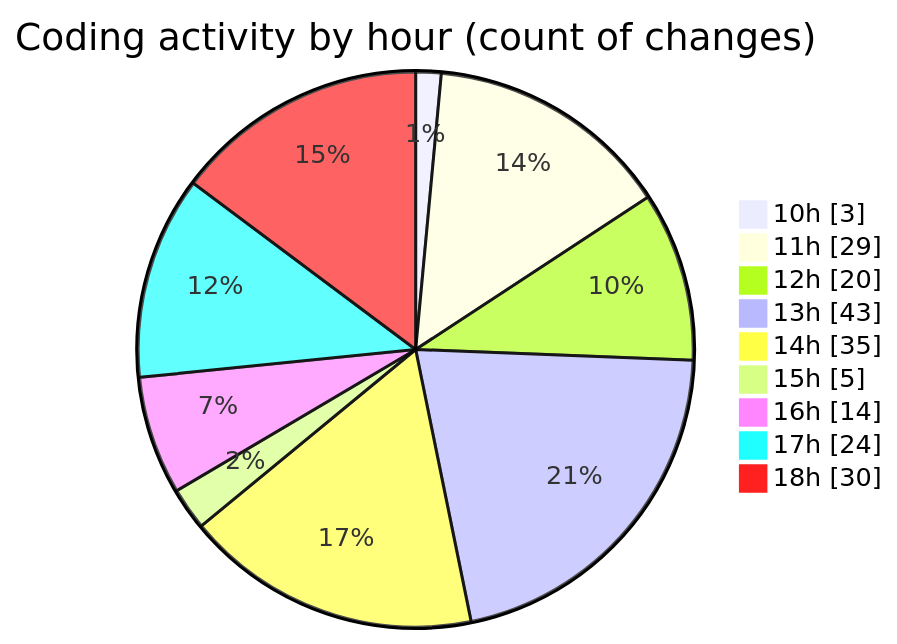
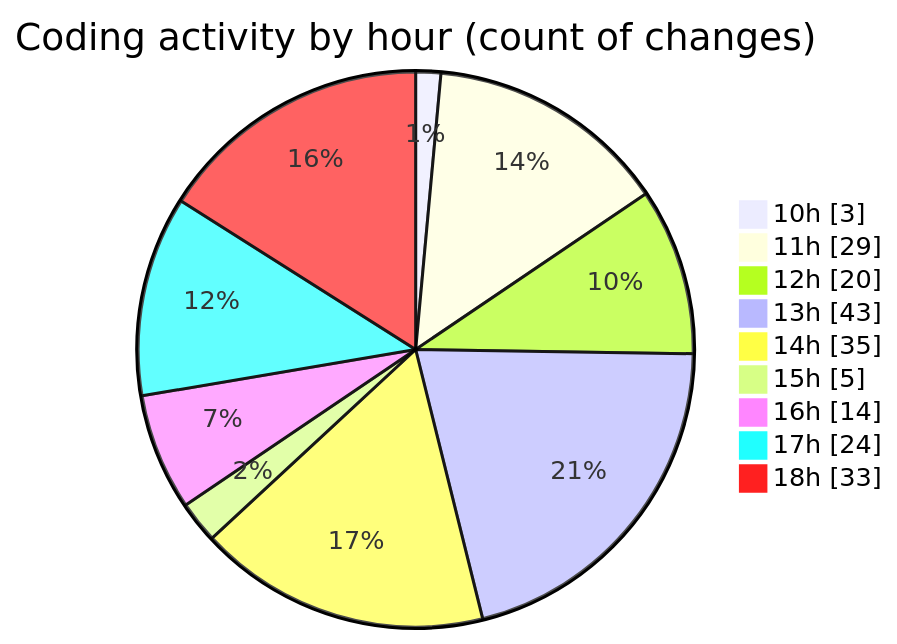
The second of 2 diagrams in 2025-08-14/ribbon/README.md (EIIisD/code-tracking), drawn with Mermaid before and after one commit. The commit also changed other lines of this file and 1 other file, not shown here.

````diff
--- a/2025-08-14/ribbon/README.md
+++ b/2025-08-14/ribbon/README.md
@@ -44,13 +44,13 @@
 ```mermaid
 pie showData
 title Coding activity by hour (count of changes)
 "10h" : 3
 "11h" : 29
 "12h" : 20
 "13h" : 43
 "14h" : 35
 "15h" : 5
 "16h" : 14
 "17h" : 24
-"18h" : 30
+"18h" : 33
 ```
````
